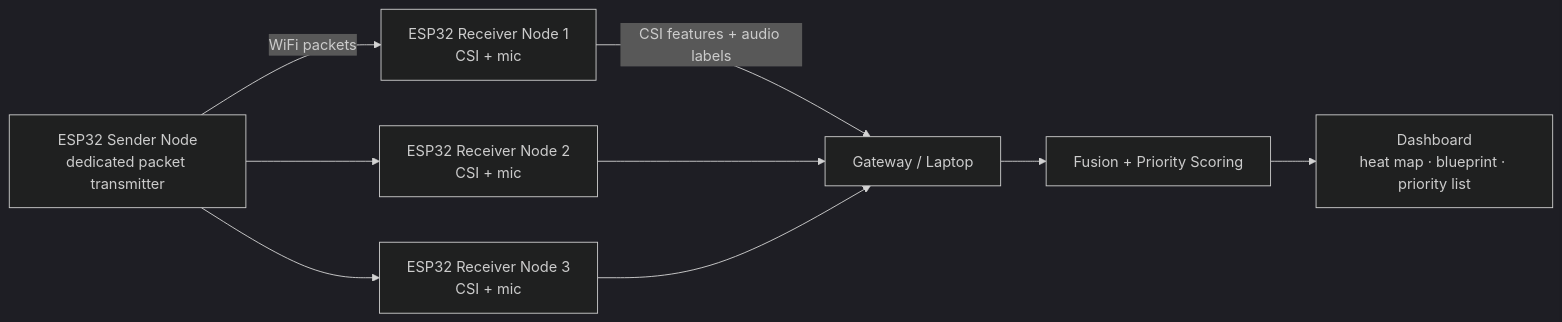
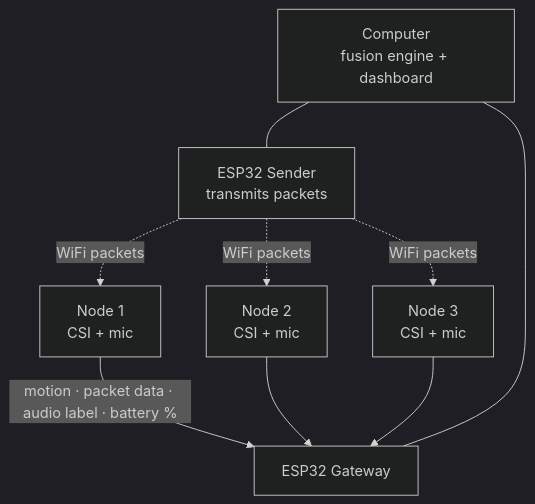
One commit to EthanLawson20/shellhacks_2026 changed the diagram in README.md. Above: the diagram before and after it, drawn with Mermaid (dark theme). The commit also changed other lines of this file, not shown here.

````diff
--- a/README.md
+++ b/README.md
@@ -51,11 +54,13 @@
 ```mermaid
-flowchart LR
-    TX[ESP32 Sender Node<br/>dedicated packet transmitter] -->|WiFi packets| RX1[ESP32 Receiver Node 1<br/>CSI + mic]
-    TX --> RX2[ESP32 Receiver Node 2<br/>CSI + mic]
-    TX --> RX3[ESP32 Receiver Node 3<br/>CSI + mic]
-    RX1 -->|CSI features + audio labels| GW[Gateway / Laptop]
-    RX2 --> GW
-    RX3 --> GW
-    GW --> FUSE[Fusion + Priority Scoring]
-    FUSE --> DASH[Dashboard<br/>heat map · blueprint · priority list]
+flowchart TB
+    PC[Computer<br/>fusion engine + dashboard]
+    TX[ESP32 Sender<br/>transmits packets] 
+    PC --- TX
+    TX -.->|WiFi packets| N1[Node 1<br/>CSI + mic]
+    TX -.->|WiFi packets| N2[Node 2<br/>CSI + mic]
+    TX -.->|WiFi packets| N3[Node 3<br/>CSI + mic]
+    N1 -->|motion · packet data · audio label · battery %| GW[ESP32 Gateway]
+    N2 --> GW
+    N3 --> GW
+    GW --- PC
 ```
````
